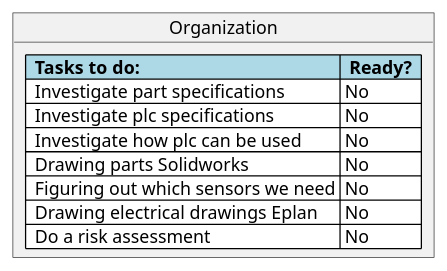
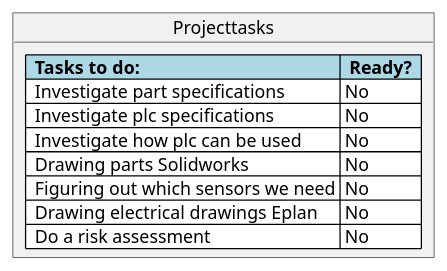
The diagram in src/Tasks.md (Timon14kraan/Project-Proces-and-Safety), drawn with PlantUML before and after one commit. The commit also changed 2 other files, not shown here.

Commit message:
tasks aangepast

````diff
--- a/src/Tasks.md
+++ b/src/Tasks.md
@@ -5,16 +5,16 @@
 ```plantuml
 @startuml
 
-object Organization {
+object Projecttasks {
   <#lightblue,#black>|=  Tasks to do:  |=  Ready?  |
   <#white>|  Investigate part specifications | No |
   <#white>|  Investigate plc specifications | No |
   <#white>|  Investigate how plc can be used  | No |
   <#white>|  Drawing parts Solidworks | No |
   <#white>|  Figuring out which sensors we need | No |
   <#white>|  Drawing electrical drawings Eplan | No |
   <#white>|  Do a risk assessment | No |
 }
 
 @endulm
 ```
````
